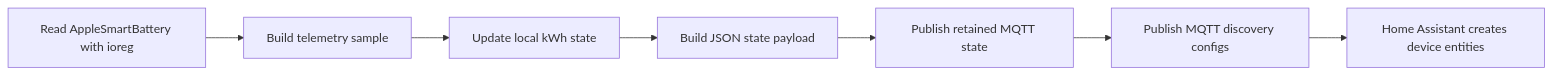
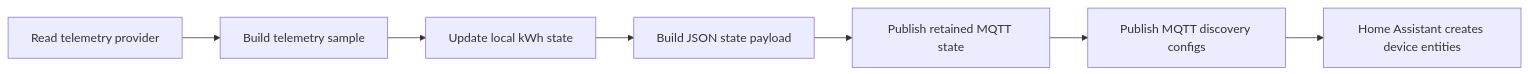
The first of 4 diagrams in README.md (marcomc/ha-mqtt-agent), drawn with Mermaid before and after one commit. The commit also changed other lines of this file and 23 other files, not shown here.

First line of the commit message:
Rename project from mac-mqtt-energy to ha-mqtt-agent and refactor related components

````diff
--- a/README.md
+++ b/README.md
@@ -43,11 +44,11 @@
 ```mermaid
 flowchart LR
   accTitle: Telemetry publishing flow
-  accDescr: Shows how macOS telemetry becomes Home Assistant MQTT entities.
-  ioreg["Read AppleSmartBattery with ioreg"] --> sample["Build telemetry sample"]
+  accDescr: Shows how host telemetry becomes Home Assistant MQTT entities.
+  ioreg["Read telemetry provider"] --> sample["Build telemetry sample"]
   sample --> energy["Update local kWh state"]
   energy --> payload["Build JSON state payload"]
   payload --> mqtt["Publish retained MQTT state"]
   mqtt --> discovery["Publish MQTT discovery configs"]
   discovery --> ha["Home Assistant creates device entities"]
 ```
````
